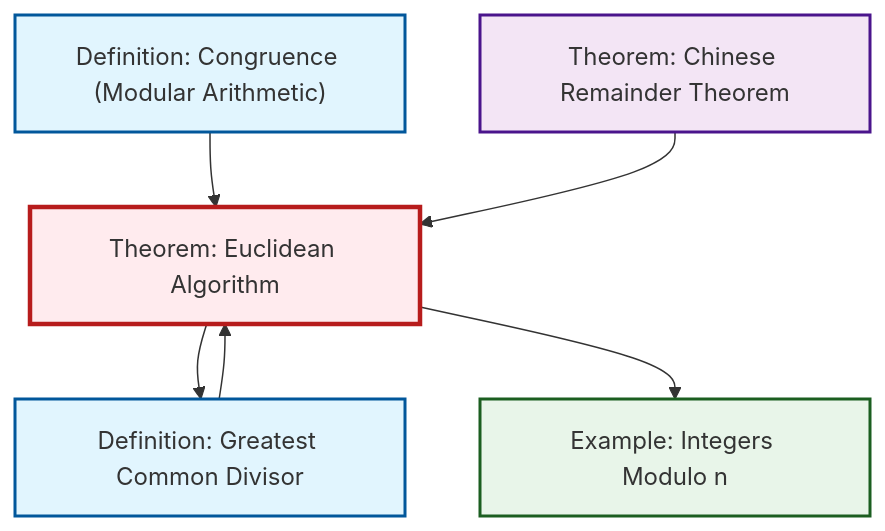
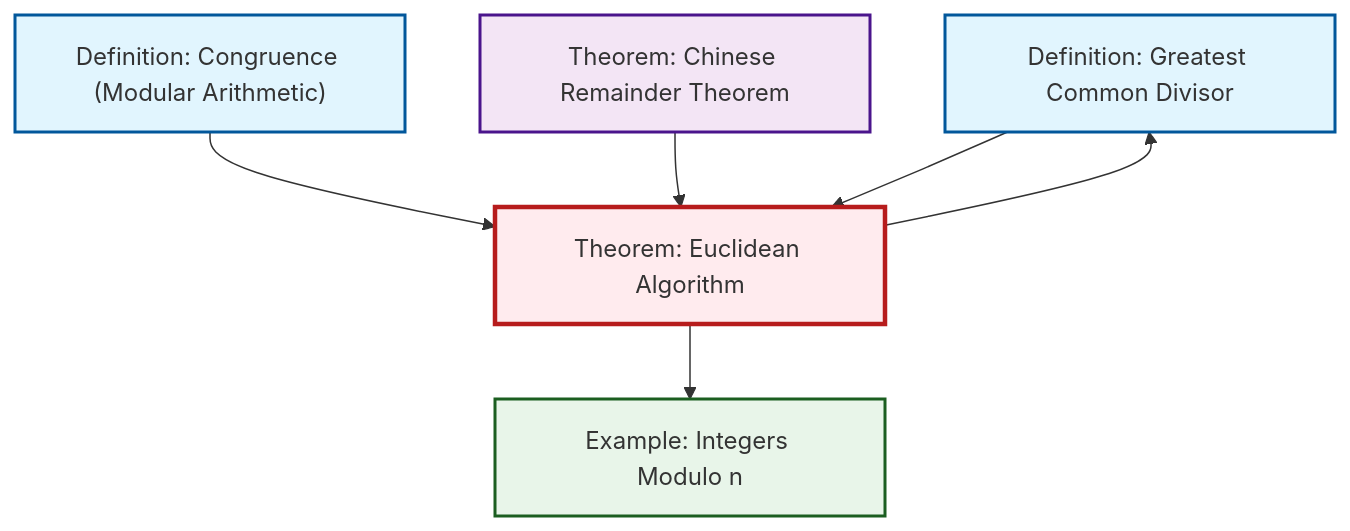
The second of 2 diagrams in content/ja/number-theory/thm-euclidean-algorithm.qmd (RK0429/ModernMath), drawn with Mermaid before and after one commit. The commit also changed other lines of this file and 491 other files, not shown here.

````diff
--- a/content/ja/number-theory/thm-euclidean-algorithm.qmd
+++ b/content/ja/number-theory/thm-euclidean-algorithm.qmd
@@ -95,24 +95,24 @@
 ```{mermaid}
 %%| fig-cap: "Local dependency graph"
 graph TD
     classDef definition fill:#e1f5fe,stroke:#01579b,stroke-width:2px
     classDef theorem fill:#f3e5f5,stroke:#4a148c,stroke-width:2px
     classDef axiom fill:#fff3e0,stroke:#e65100,stroke-width:2px
     classDef example fill:#e8f5e9,stroke:#1b5e20,stroke-width:2px
     classDef current fill:#ffebee,stroke:#b71c1c,stroke-width:3px
+    def-gcd["Definition: Greatest Common Divisor"]:::definition
+    thm-euclidean-algorithm["Theorem: Euclidean Algorithm"]:::theorem
     thm-chinese-remainder["Theorem: Chinese Remainder Theorem"]:::theorem
-    def-gcd["Definition: Greatest Common Divisor"]:::definition
     def-congruence["Definition: Congruence (Modular Arithmetic)"]:::definition
     ex-quotient-integers-mod-n["Example: Integers Modulo n"]:::example
-    thm-euclidean-algorithm["Theorem: Euclidean Algorithm"]:::theorem
+    thm-euclidean-algorithm --> def-gcd
     def-congruence --> thm-euclidean-algorithm
+    thm-euclidean-algorithm --> ex-quotient-integers-mod-n
     thm-chinese-remainder --> thm-euclidean-algorithm
     def-gcd --> thm-euclidean-algorithm
-    thm-euclidean-algorithm --> def-gcd
-    thm-euclidean-algorithm --> ex-quotient-integers-mod-n
     class thm-euclidean-algorithm current
+    click def-gcd "def-gcd.html" "Definition: Greatest Common Divisorへ"
     click thm-chinese-remainder "thm-chinese-remainder.html" "Theorem: Chinese Remainder Theoremへ"
-    click def-gcd "def-gcd.html" "Definition: Greatest Common Divisorへ"
     click def-congruence "def-congruence.html" "Definition: Congruence (Modular Arithmetic)へ"
     click ex-quotient-integers-mod-n "ex-quotient-integers-mod-n.html" "Example: Integers Modulo nへ"
 ```
````
